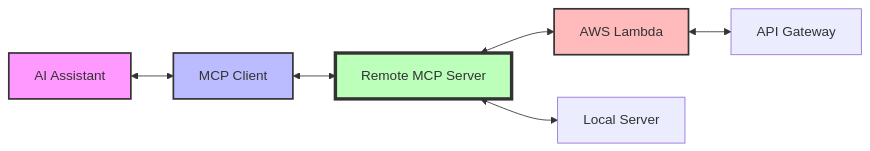
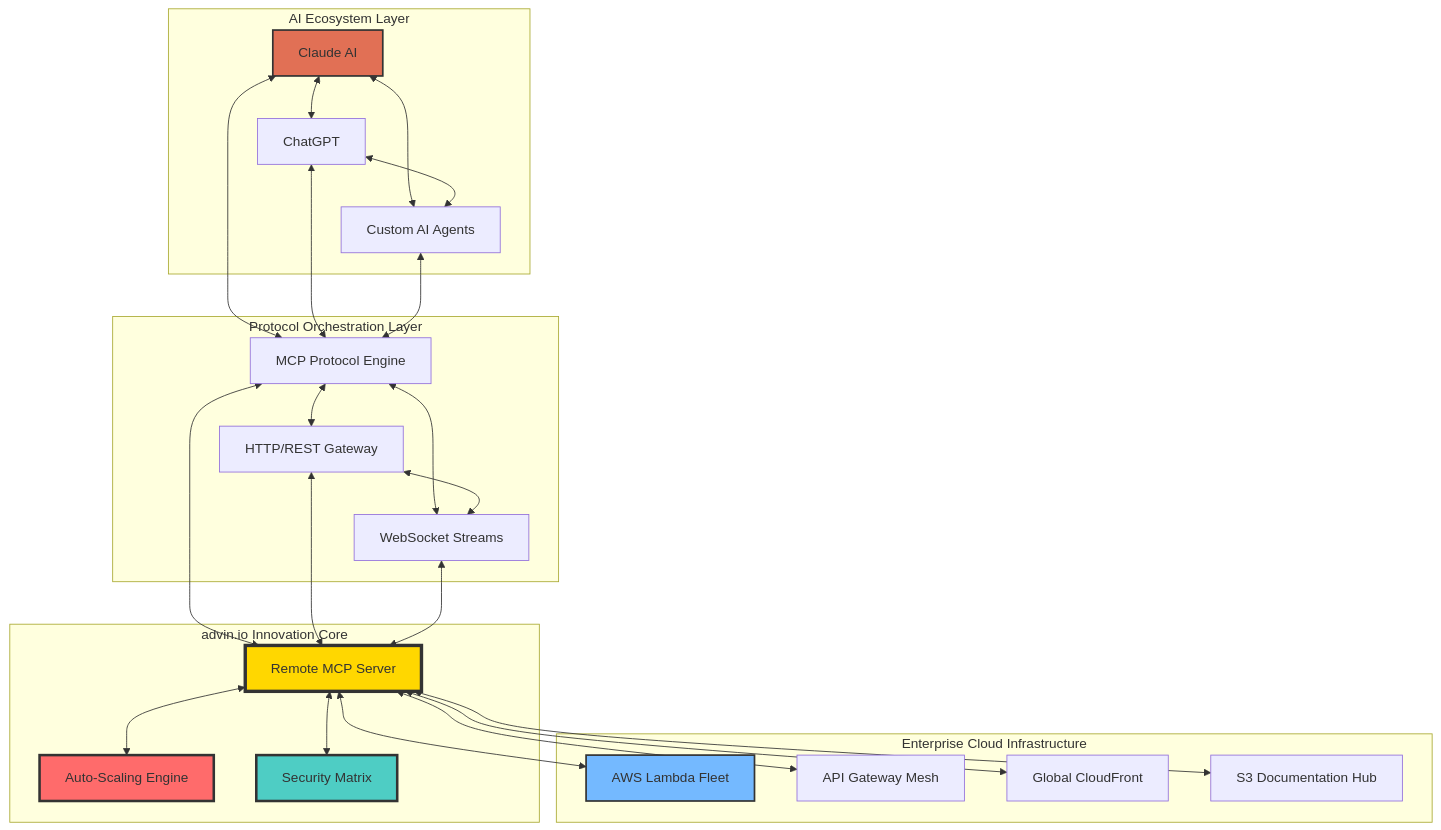
Before and after one commit to JimothyJohn/remote-mcp-server: the diagram in README.md, drawn with Mermaid. The commit also changed other lines of this file and 32 other files, not shown here.

````diff
--- a/README.md
+++ b/README.md
@@ -26,12 +62,46 @@
 ```mermaid
-graph LR
-    A[AI Assistant] <--> B[MCP Client]
-    B <--> C[Remote MCP Server]
-    C <--> D[AWS Lambda]
-    C <--> E[Local Server]
-    D <--> F[API Gateway]
-    style A fill:#f9f,stroke:#333,stroke-width:2px
-    style B fill:#bbf,stroke:#333,stroke-width:2px
-    style C fill:#bfb,stroke:#333,stroke-width:4px
-    style D fill:#fbb,stroke:#333,stroke-width:2px
+graph TB
+    subgraph "AI Ecosystem Layer"
+        A[Claude AI] <--> B[ChatGPT]
+        A <--> C[Custom AI Agents]
+        B <--> C
+    end
+    
+    subgraph "Protocol Orchestration Layer"
+        D[MCP Protocol Engine] <--> E[HTTP/REST Gateway]
+        D <--> F[WebSocket Streams]
+        E <--> F
+    end
+    
+    subgraph "advin.io Innovation Core"
+        G[Remote MCP Server]
+        H[Auto-Scaling Engine]
+        I[Security Matrix]
+        G <--> H
+        G <--> I
+    end
+    
+    subgraph "Enterprise Cloud Infrastructure"
+        J[AWS Lambda Fleet]
+        K[API Gateway Mesh]
+        L[Global CloudFront]
+        M[S3 Documentation Hub]
+    end
+    
+    A <--> D
+    B <--> D
+    C <--> D
+    D <--> G
+    E <--> G
+    F <--> G
+    G <--> J
+    G <--> K
+    G <--> L
+    G <--> M
+    
+    style G fill:#ffd700,stroke:#333,stroke-width:4px
+    style H fill:#ff6b6b,stroke:#333,stroke-width:3px
+    style I fill:#4ecdc4,stroke:#333,stroke-width:3px
+    style A fill:#e17055,stroke:#333,stroke-width:2px
+    style J fill:#74b9ff,stroke:#333,stroke-width:2px
 ```
````
